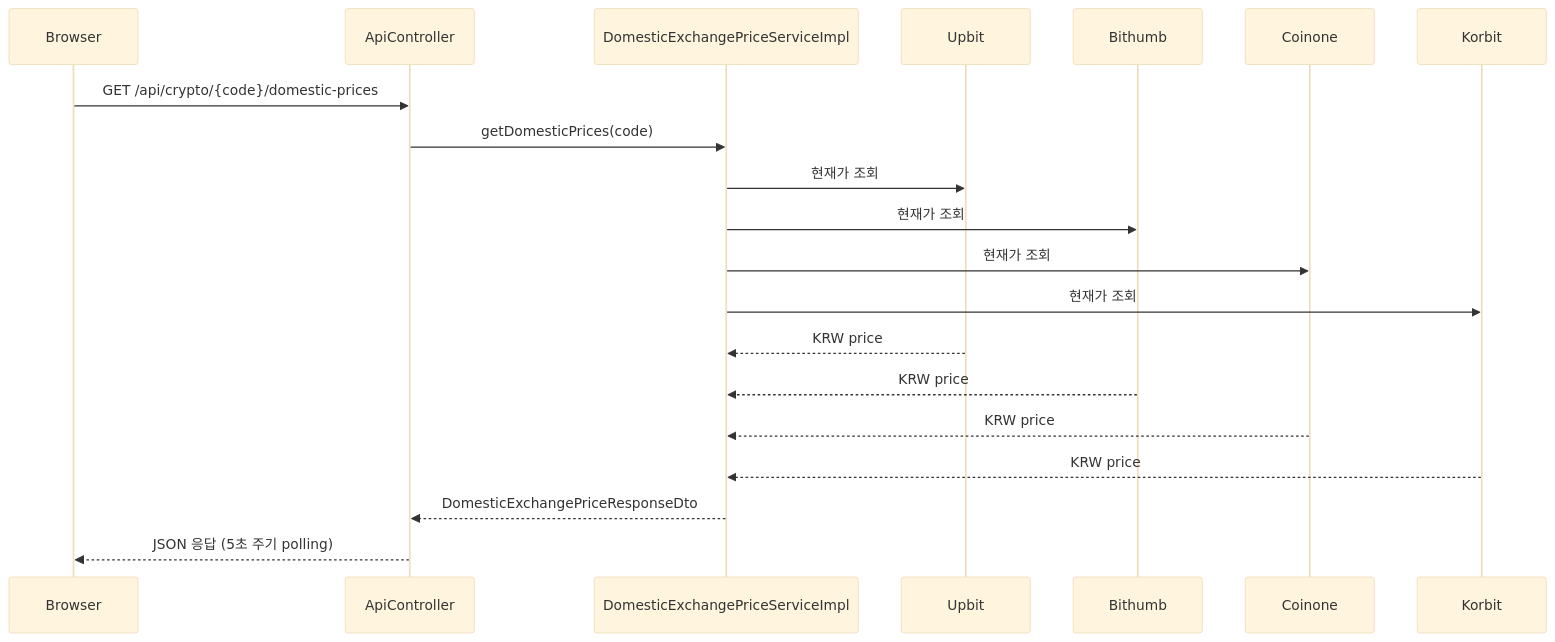
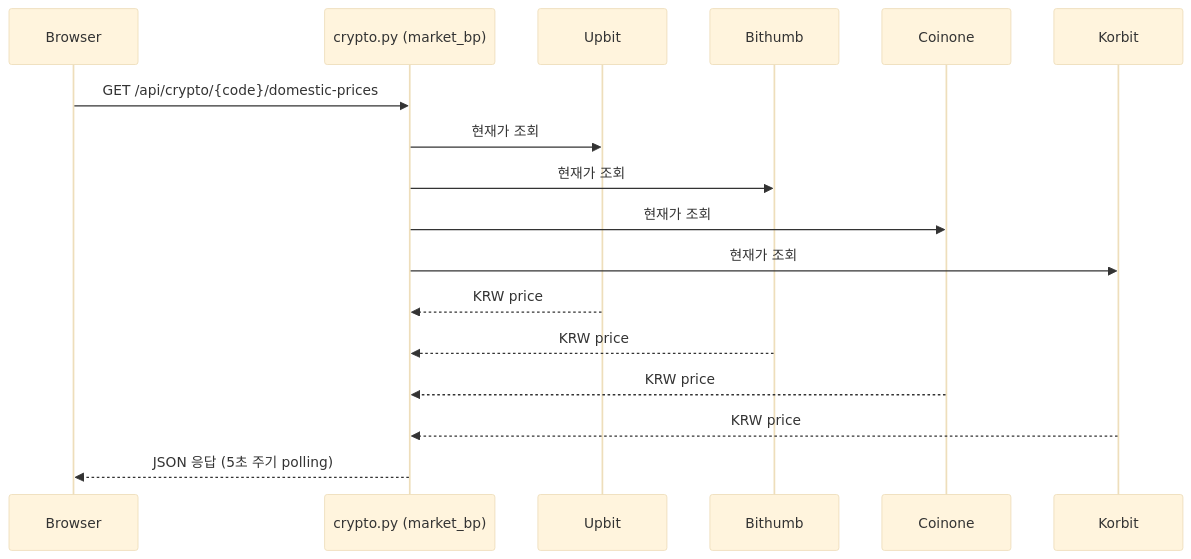
One commit to zhanggu9/stock-coin-trade changed the fourth of 5 diagrams in README.md. Above: the diagram before and after it, drawn with Mermaid (base theme). The commit also changed other lines of this file and 35 other files, not shown here.

````diff
--- a/README.md
+++ b/README.md
@@ -460,23 +419,20 @@
 ```mermaid
 sequenceDiagram
     participant B as Browser
-    participant API as ApiController
-    participant D as DomesticExchangePriceServiceImpl
+    participant API as crypto.py (market_bp)
     participant U as Upbit
     participant BH as Bithumb
     participant C as Coinone
     participant K as Korbit
 
     B->>API: GET /api/crypto/{code}/domestic-prices
-    API->>D: getDomesticPrices(code)
-    D->>U: 현재가 조회
-    D->>BH: 현재가 조회
-    D->>C: 현재가 조회
-    D->>K: 현재가 조회
-    U-->>D: KRW price
-    BH-->>D: KRW price
-    C-->>D: KRW price
-    K-->>D: KRW price
-    D-->>API: DomesticExchangePriceResponseDto
+    API->>U: 현재가 조회
+    API->>BH: 현재가 조회
+    API->>C: 현재가 조회
+    API->>K: 현재가 조회
+    U-->>API: KRW price
+    BH-->>API: KRW price
+    C-->>API: KRW price
+    K-->>API: KRW price
     API-->>B: JSON 응답 (5초 주기 polling)
 ```
````
